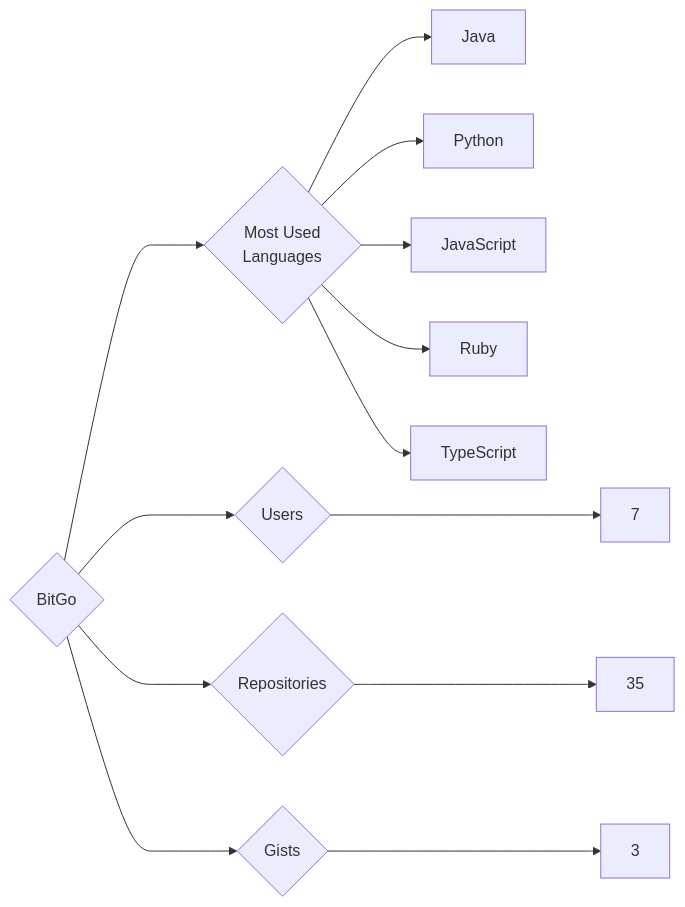
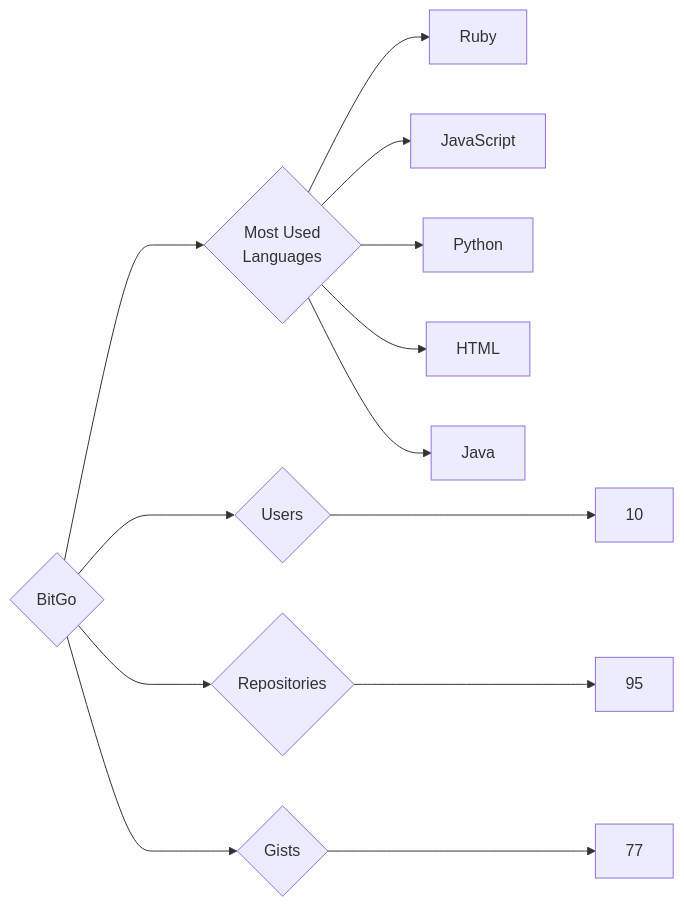
The diagram in targets/BitGo/README.md (trickest/insiders), drawn with Mermaid before and after one commit. The commit also changed 640 other files, not shown here.

````diff
--- a/targets/BitGo/README.md
+++ b/targets/BitGo/README.md
@@ -3,13 +3,13 @@
 ```mermaid
 graph LR
 COMPANY_NAME{BitGo}
-COMPANY_NAME ---> U{Users} ---> UN[7]
-COMPANY_NAME ---> R{Repositories} ---> RN[35]
-COMPANY_NAME ---> G{Gists} ---> GN[3]
+COMPANY_NAME ---> U{Users} ---> UN[10]
+COMPANY_NAME ---> R{Repositories} ---> RN[95]
+COMPANY_NAME ---> G{Gists} ---> GN[77]
 COMPANY_NAME ---> ML{Most Used<br>Languages}
+ML --> Ruby[Ruby]
+ML --> JavaScript[JavaScript]
+ML --> Python[Python]
+ML --> HTML[HTML]
 ML --> Java[Java]
-ML --> Python[Python]
-ML --> JavaScript[JavaScript]
-ML --> Ruby[Ruby]
-ML --> TypeScript[TypeScript]
 ```
````
